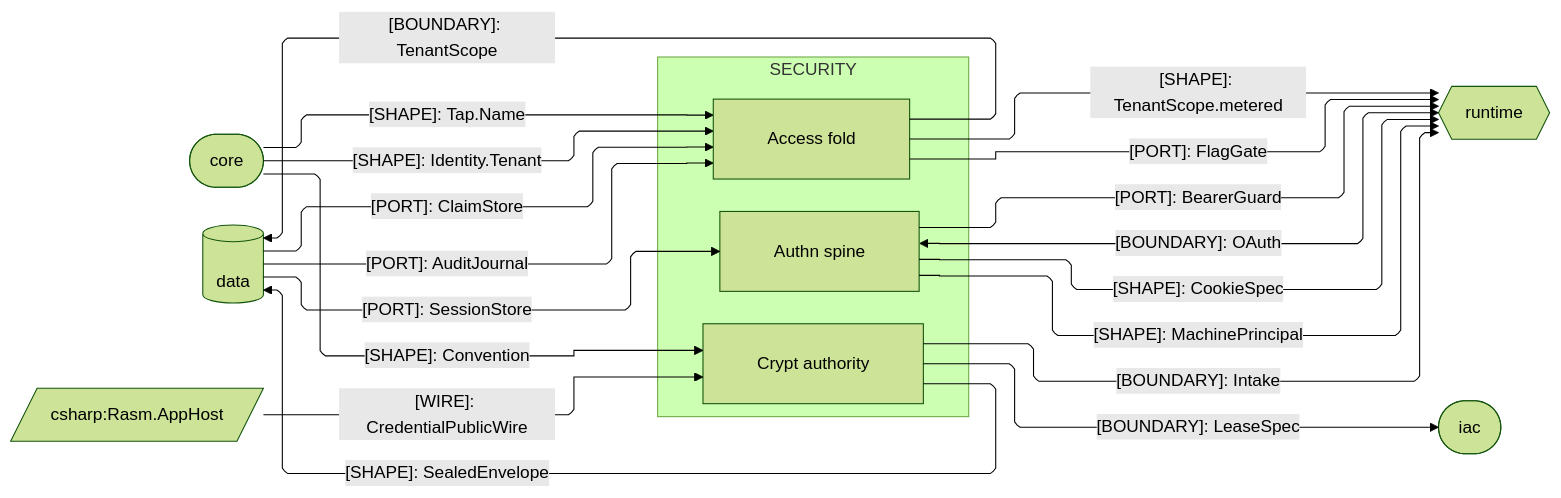
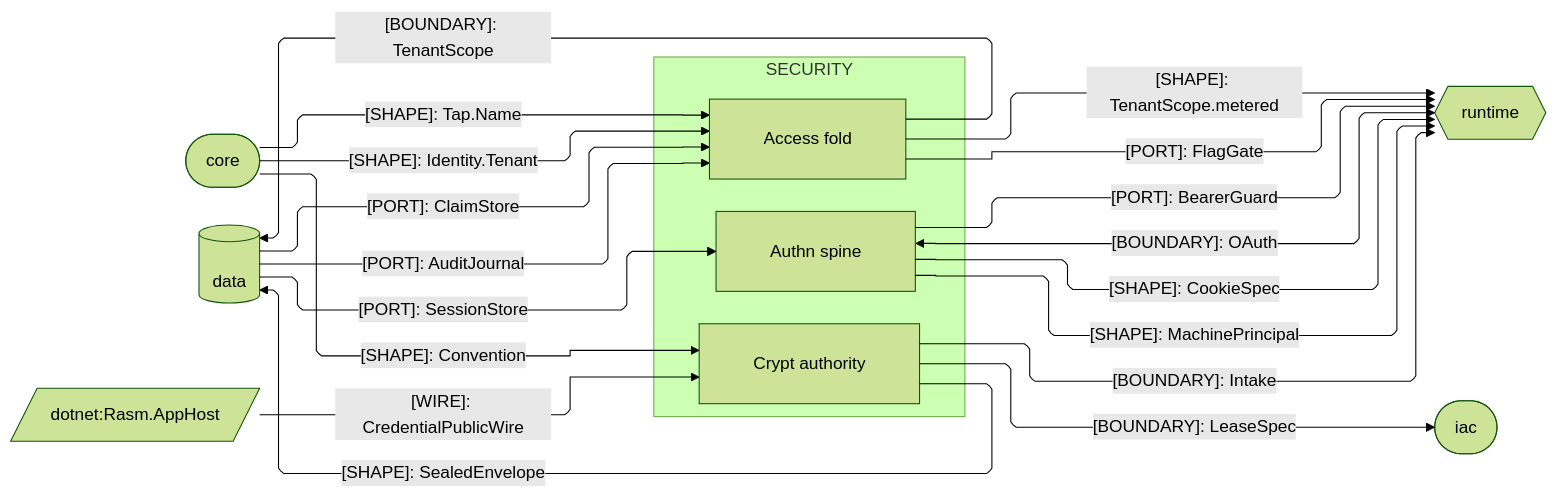
One commit to bsamiee/Rasm changed the second of 3 diagrams in libs/typescript/security/ARCHITECTURE.md. Above: the diagram before and after it, drawn with Mermaid (forest theme). The commit also changed 1716 other files, not shown here.

````diff
--- a/libs/typescript/security/ARCHITECTURE.md
+++ b/libs/typescript/security/ARCHITECTURE.md
@@ -87,39 +87,39 @@
 ```mermaid
 ---
 config:
   layout: elk
   flowchart:
     curve: linear
     padding: 25
 ---
 flowchart LR
     accTitle: Security package seam registry
     accDescr: Security owners exchanging identity, custody, tenancy, and telemetry contracts with the core, data, runtime, and iac peers, and admitting the AppHost credential wire.
     subgraph security[SECURITY]
         Crypt[Crypt authority]
         Authn[Authn spine]
         Access[Access fold]
     end
     Core([core])
     Data[(data)]
     Runtime{{runtime}}
     Iac([iac])
-    AppHost[/csharp:Rasm.AppHost/]
+    AppHost[/dotnet:Rasm.AppHost/]
     Core e1@-->|"[SHAPE]: Identity.Tenant"| Access
     Data e2@-->|"[PORT]: ClaimStore"| Access
     Access e3@-->|"[BOUNDARY]: TenantScope"| Data
     Data e4@-->|"[PORT]: SessionStore"| Authn
     Authn e5@-->|"[PORT]: BearerGuard"| Runtime
     Authn e6@<-->|"[BOUNDARY]: OAuth"| Runtime
     Authn e7@-->|"[SHAPE]: CookieSpec"| Runtime
     Authn e8@-->|"[SHAPE]: MachinePrincipal"| Runtime
     Crypt e9@-->|"[SHAPE]: SealedEnvelope"| Data
     Crypt e10@-->|"[BOUNDARY]: Intake"| Runtime
     Crypt e11@-->|"[BOUNDARY]: LeaseSpec"| Iac
     Access e12@-->|"[PORT]: FlagGate"| Runtime
     Core e13@-->|"[SHAPE]: Convention"| Crypt
     Access e14@-->|"[SHAPE]: TenantScope.metered"| Runtime
     Data e15@-->|"[PORT]: AuditJournal"| Access
     Core e16@-->|"[SHAPE]: Tap.Name"| Access
     AppHost e17@-->|"[WIRE]: CredentialPublicWire"| Crypt
 ```
````
